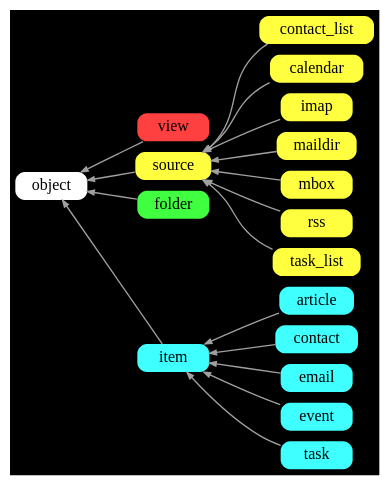
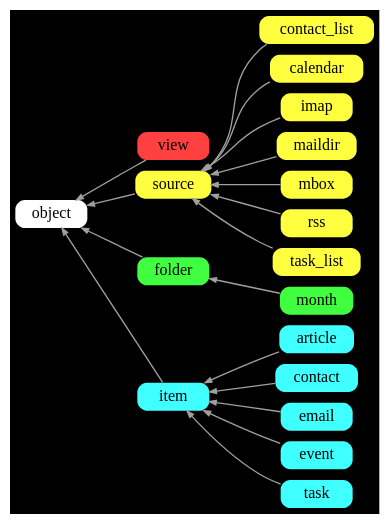
One commit to neomutt/test-arch changed the diagram in inherit.gv. Above: the diagram before and after it, drawn with Graphviz. The commit also changed 7 other files, not shown here.

```diff
--- a/inherit.gv
+++ b/inherit.gv
@@ -1,64 +1,68 @@
 digraph inherit {
 	graph [
 		rankdir="RL"
 		bgcolor="black"
 		color="white"
 		nodesep="0.1"
 		ranksep="0.5"
 	];
 
 	node [
 		shape="Mrecord"
 		fontsize="12"
 		style="filled"
 		height="0.2"
 		penwidth="0.0"
 	];
 
 	edge [
 		penwidth="1.0"
 		color="#A0A0A0"
 		arrowsize="0.5"
 	];
 
 
 	object       [ fillcolor="#ffffff" ];
 
 	view         [ fillcolor="#ff4040" ];
+
 	source       [ fillcolor="#ffff40" ];
-	folder       [ fillcolor="#40ff40" ];
-	item         [ fillcolor="#40ffff" ];
-
 	contact_list [ fillcolor="#ffff40" ];
 	calendar     [ fillcolor="#ffff40" ];
 	imap         [ fillcolor="#ffff40" ];
 	maildir      [ fillcolor="#ffff40" ];
 	mbox         [ fillcolor="#ffff40" ];
 	rss          [ fillcolor="#ffff40" ];
 	task_list    [ fillcolor="#ffff40" ];
 
+	folder       [ fillcolor="#40ff40" ];
+	month        [ fillcolor="#40ff40" ];
+
+	item         [ fillcolor="#40ffff" ];
 	article      [ fillcolor="#40ffff" ];
 	contact      [ fillcolor="#40ffff" ];
 	email        [ fillcolor="#40ffff" ];
 	event        [ fillcolor="#40ffff" ];
 	task         [ fillcolor="#40ffff" ];
 
 	view         -> object;
 	source       -> object;
 	folder       -> object;
 	item         -> object;
+
+	month        -> folder;
 
 	contact_list -> source;
 	calendar     -> source;
 	imap         -> source;
 	maildir      -> source;
 	mbox         -> source;
 	rss          -> source;
 	task_list    -> source;
 
 	article      -> item;
 	contact      -> item;
 	email        -> item;
 	event        -> item;
 	task         -> item;
 }
```
